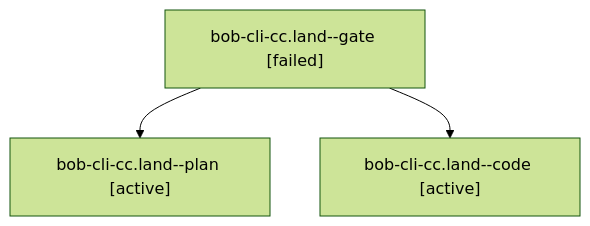
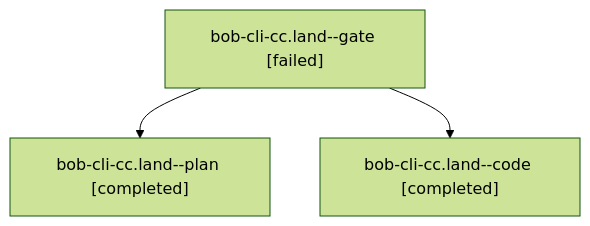
Before and after one commit to bobs-org/bob-cli--agents: the diagram in sessions/bbugyi200.athena.bob-cli-cc.land.md, drawn with Mermaid (forest theme). The commit also changed other lines of this file and 38 other files, not shown here.

````diff
--- a/sessions/bbugyi200.athena.bob-cli-cc.land.md
+++ b/sessions/bbugyi200.athena.bob-cli-cc.land.md
@@ -9,8 +9,8 @@
 ```mermaid
 flowchart TD
   n0["bob-cli-cc.land--gate [failed]"]
-  n1["bob-cli-cc.land--plan [active]"]
+  n1["bob-cli-cc.land--plan [completed]"]
   n0 --> n1
-  n2["bob-cli-cc.land--code [active]"]
+  n2["bob-cli-cc.land--code [completed]"]
   n0 --> n2
 ```
````
